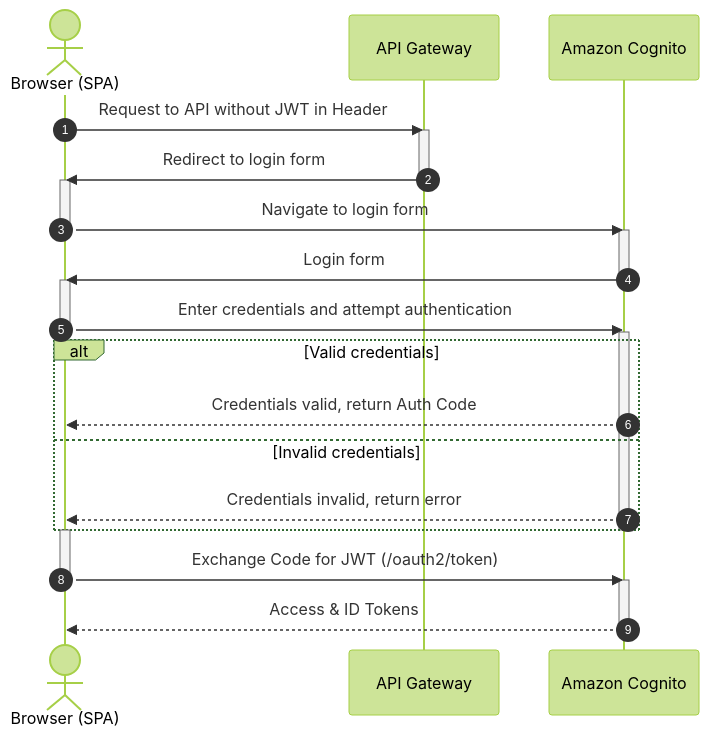
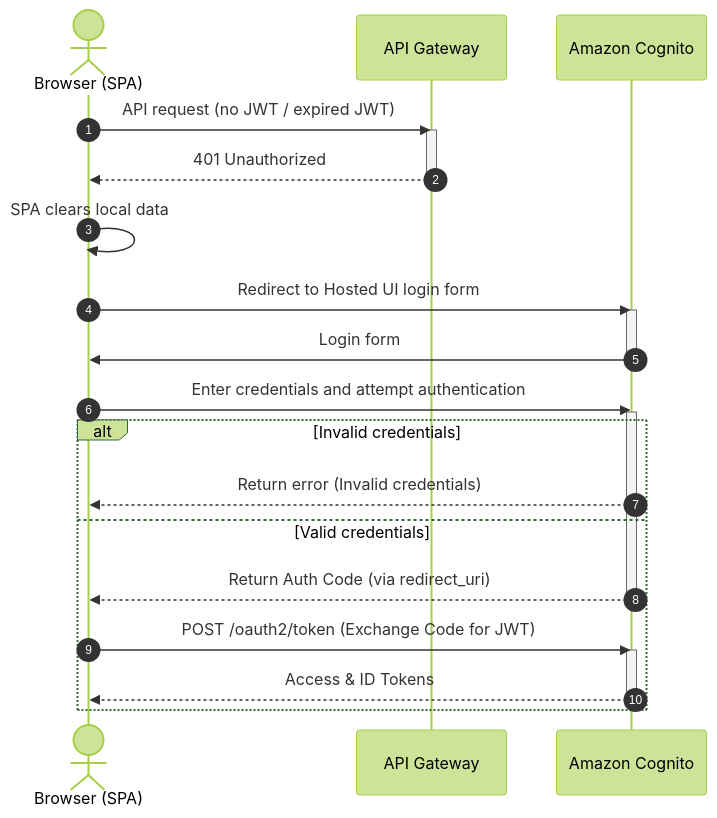
Before and after one commit to flatura/portfolio: the diagram in docs/en/projects/serverless_transcriber/07-security-quality-and-operations.md, drawn with Mermaid (forest theme). The commit also changed other lines of this file and 22 other files, not shown here.

Commit message:
Update serverless transcriber documentation: refine technology stack, enhance context and problem descriptions, clarify goals and requirements, and improve architecture and integration details.

````diff
--- a/docs/en/projects/serverless_transcriber/07-security-quality-and-operations.md
+++ b/docs/en/projects/serverless_transcriber/07-security-quality-and-operations.md
@@ -17,35 +17,30 @@
 ```mermaid
 sequenceDiagram
     autonumber
     
     actor U as Browser (SPA)
     participant API as API Gateway
     participant C as Amazon Cognito
 
-    U->>API: Request to API without JWT in Header
+    U->>API: API request (no JWT / expired JWT)
     activate API
-    API->>U: Redirect to login form
+    API-->>U: 401 Unauthorized
     deactivate API
-    activate U
-    U->>C: Navigate to login form
-    deactivate U
+    U->>U: SPA clears local data
+    U->>C: Redirect to Hosted UI login form
     activate C
     C->>U: Login form 
     deactivate C
-    activate U
     U->>C: Enter credentials and attempt authentication
-    deactivate U
     activate C
-    alt Valid credentials
-        C-->>U: Credentials valid, return Auth Code
-    else Invalid credentials
-        C-->>U: Credentials invalid, return error
+    alt Invalid credentials
+        C-->>U: Return error (Invalid credentials)
+    else Valid credentials
+        C-->>U: Return Auth Code (via redirect_uri)
+        deactivate C
+        U->>C: POST /oauth2/token (Exchange Code for JWT)
+        activate C
+        C-->>U: Access & ID Tokens
+        deactivate C
     end
-    deactivate C
-    activate U
-    U->>C: Exchange Code for JWT (/oauth2/token)
-    deactivate U
-    activate C
-    C-->>U: Access & ID Tokens
-    deactivate C
 ```
````
